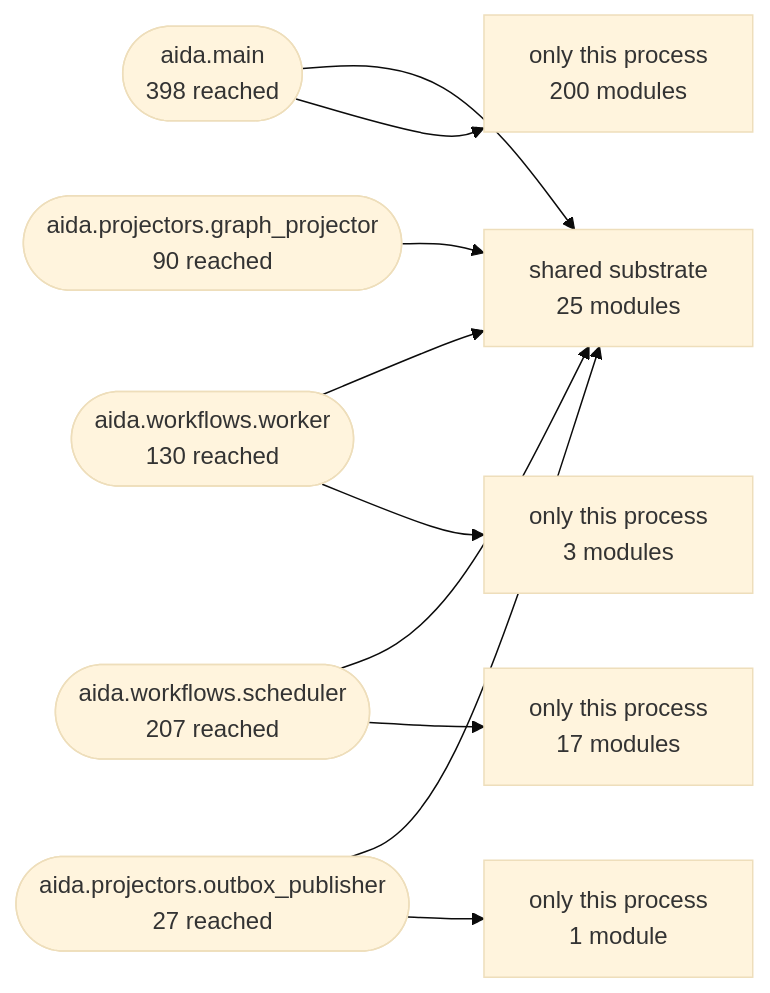
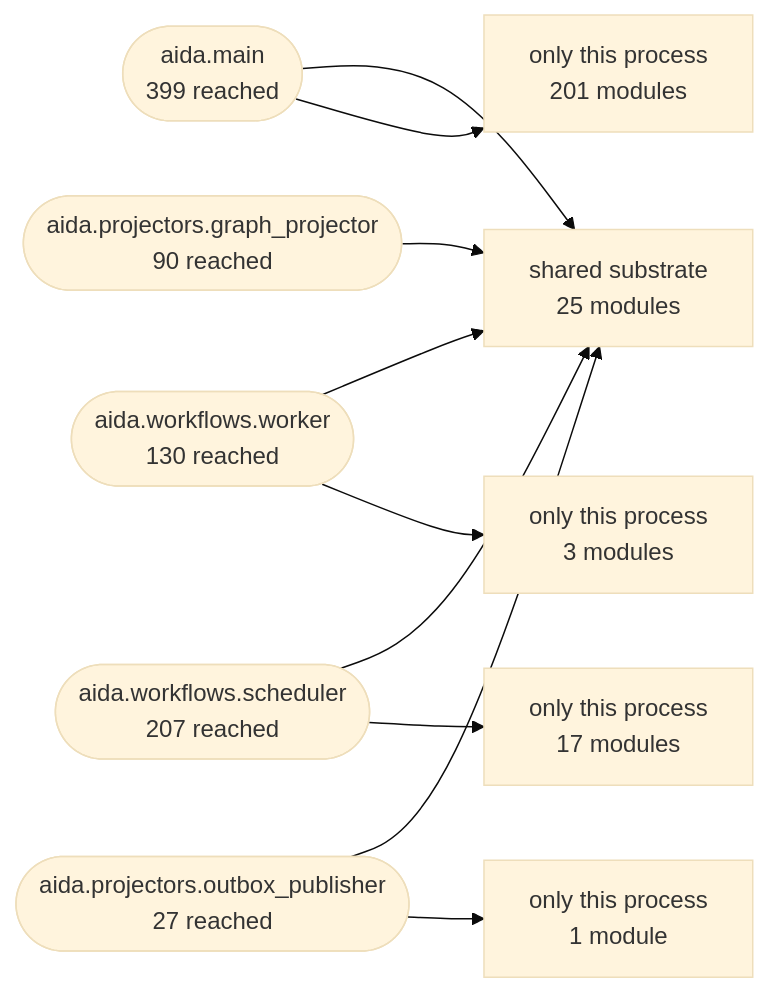
Before and after one commit to karuppusamym/AIDataAnalyst: the second of 3 diagrams in Docs/10-architecture/14-generated-architecture-map.md, drawn with Mermaid (base theme). The commit also changed other lines of this file and 15 other files, not shown here.

````diff
--- a/Docs/10-architecture/14-generated-architecture-map.md
+++ b/Docs/10-architecture/14-generated-architecture-map.md
@@ -178,22 +178,22 @@
 ```mermaid
 graph LR
   shared["shared substrate<br/>25 modules"]
-  aida_main(["aida.main<br/>398 reached"])
+  aida_main(["aida.main<br/>399 reached"])
   aida_workflows_worker(["aida.workflows.worker<br/>130 reached"])
   aida_workflows_scheduler(["aida.workflows.scheduler<br/>207 reached"])
   aida_projectors_graph_projector(["aida.projectors.graph_projector<br/>90 reached"])
   aida_projectors_outbox_publisher(["aida.projectors.outbox_publisher<br/>27 reached"])
   aida_main --> shared
-  only_aida_main["only this process<br/>200 modules"]
+  only_aida_main["only this process<br/>201 modules"]
   aida_main --> only_aida_main
   aida_workflows_worker --> shared
   only_aida_workflows_worker["only this process<br/>3 modules"]
   aida_workflows_worker --> only_aida_workflows_worker
   aida_workflows_scheduler --> shared
   only_aida_workflows_scheduler["only this process<br/>17 modules"]
   aida_workflows_scheduler --> only_aida_workflows_scheduler
   aida_projectors_graph_projector --> shared
   aida_projectors_outbox_publisher --> shared
   only_aida_projectors_outbox_publisher["only this process<br/>1 module"]
   aida_projectors_outbox_publisher --> only_aida_projectors_outbox_publisher
 ```
````
